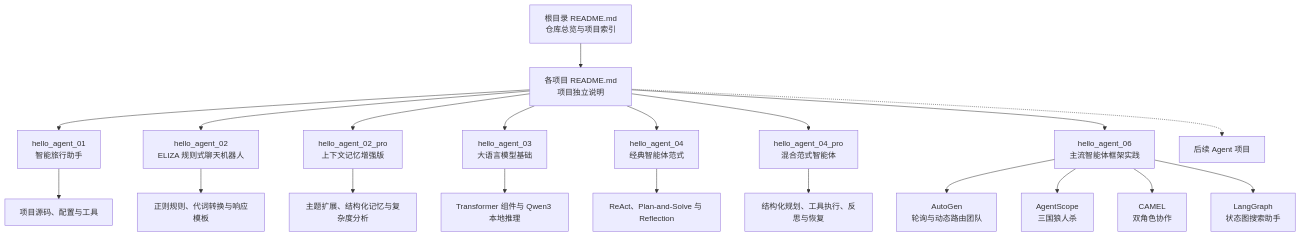
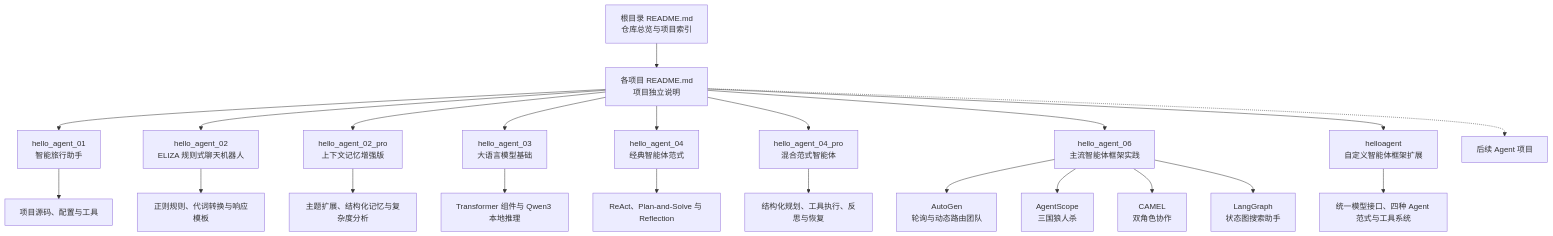
Before and after one commit to structkk/agent_code: the diagram in README.md, drawn with Mermaid. The commit also changed other lines of this file and 16 other files, not shown here.

````diff
--- a/README.md
+++ b/README.md
@@ -44,22 +45,24 @@
 ```mermaid
 flowchart TD
     R["根目录 README.md<br/>仓库总览与项目索引"] --> D["各项目 README.md<br/>项目独立说明"]
     D --> P1["hello_agent_01<br/>智能旅行助手"]
     P1 --> C["项目源码、配置与工具"]
     D --> P2["hello_agent_02<br/>ELIZA 规则式聊天机器人"]
     P2 --> R2["正则规则、代词转换与响应模板"]
     D --> P2P["hello_agent_02_pro<br/>上下文记忆增强版"]
     P2P --> R2P["主题扩展、结构化记忆与复杂度分析"]
     D --> P3["hello_agent_03<br/>大语言模型基础"]
     P3 --> R3["Transformer 组件与 Qwen3 本地推理"]
     D --> P4["hello_agent_04<br/>经典智能体范式"]
     P4 --> R4["ReAct、Plan-and-Solve 与 Reflection"]
     D --> P4P["hello_agent_04_pro<br/>混合范式智能体"]
     P4P --> R4P["结构化规划、工具执行、反思与恢复"]
     D --> P6["hello_agent_06<br/>主流智能体框架实践"]
     P6 --> A6["AutoGen<br/>轮询与动态路由团队"]
     P6 --> S6["AgentScope<br/>三国狼人杀"]
     P6 --> C6["CAMEL<br/>双角色协作"]
     P6 --> L6["LangGraph<br/>状态图搜索助手"]
+    D --> P7["helloagent<br/>自定义智能体框架扩展"]
+    P7 --> R7["统一模型接口、四种 Agent 范式与工具系统"]
     D -.-> PN["后续 Agent 项目"]
 ```
````
